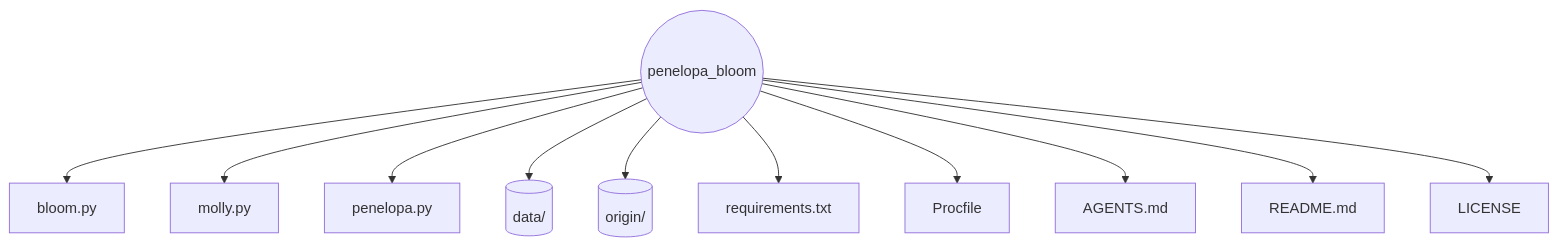
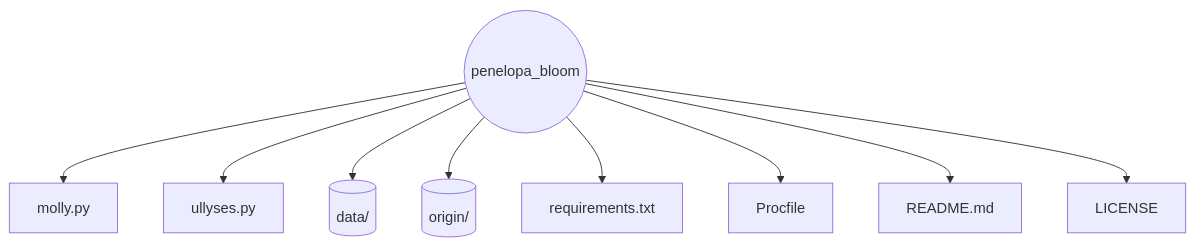
Before and after one commit to ariannamethod/penelopa_bloom: the diagram in README.md, drawn with Mermaid. The commit also changed other lines of this file and 3 other files, not shown here.

````diff
--- a/README.md
+++ b/README.md
@@ -11,14 +13,12 @@
 ```mermaid
 graph TD
     root((penelopa_bloom))
-    root --> bloom.py
     root --> molly.py
-    root --> penelopa.py
+    root --> ullyses.py
     root --> data[(data/)]
     root --> origin[(origin/)]
     root --> requirements.txt
     root --> Procfile
-    root --> AGENTS.md
     root --> README.md
     root --> LICENSE
 ```
````
